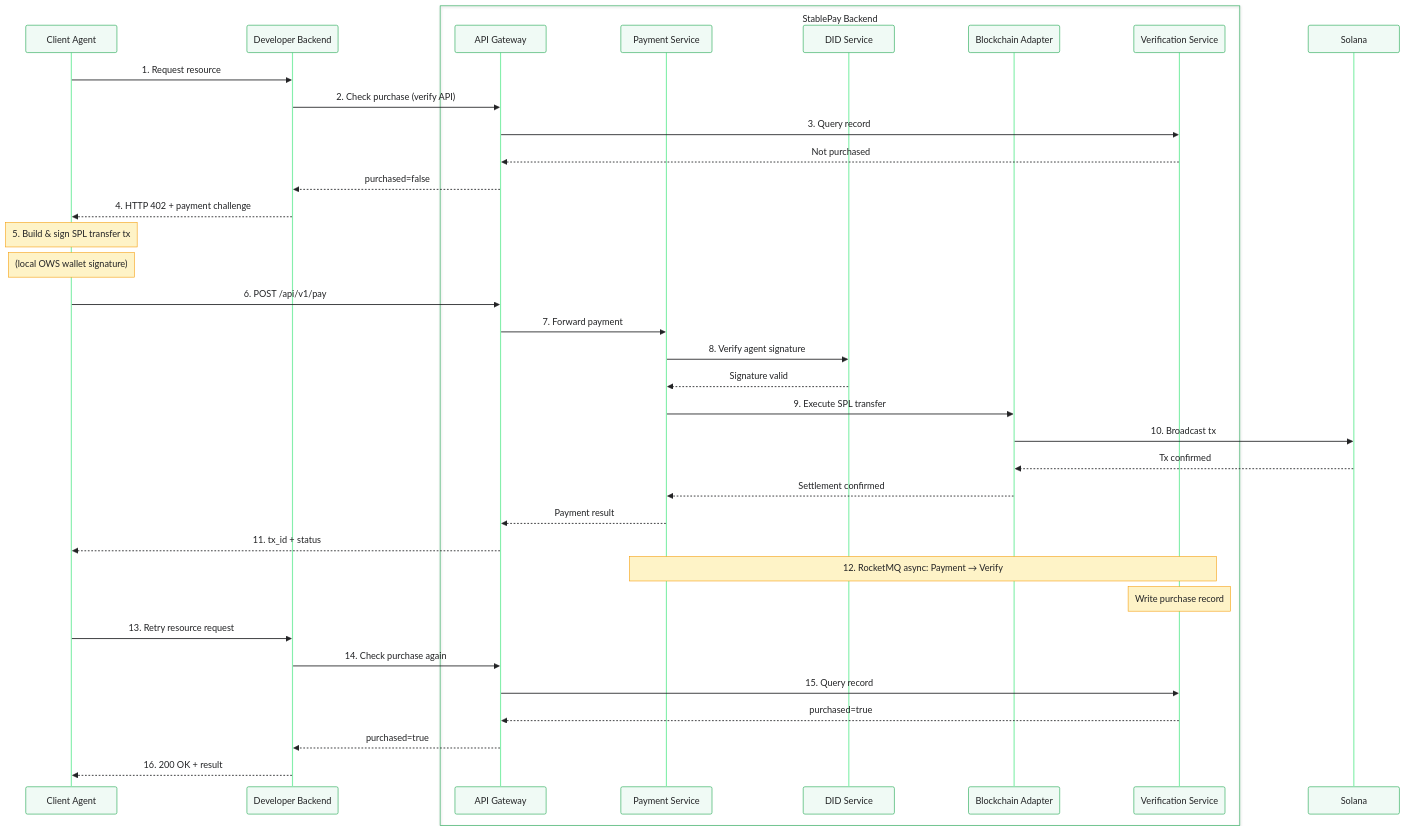
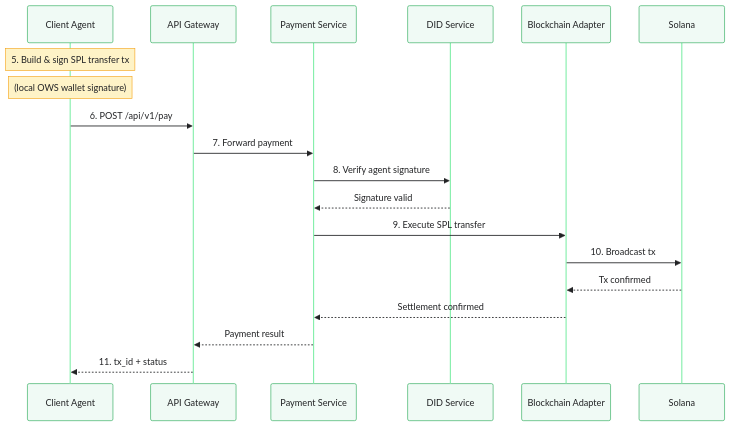
Before and after one commit to Bubblevan/Stablepay: the second of 3 diagrams in index.mdx, drawn with Mermaid. The commit also changed other lines of this file and 22 other files, not shown here.

Commit message:
中文版同步与架构图拆分

````diff
--- a/index.mdx
+++ b/index.mdx
@@ -46,77 +75,25 @@
 ```mermaid
-%%{init: {
-  "theme": "base",
-  "themeVariables": {
-    "background": "#ffffff",
-    "primaryColor": "#dcfce7",
-    "primaryBorderColor": "#16A34A",
-    "primaryTextColor": "#222325",
-    "actorBkg": "#f0faf5",
-    "actorBorder": "#16A34A",
-    "actorTextColor": "#222325",
-    "actorLineColor": "#86efac",
-    "signalColor": "#222325",
-    "signalTextColor": "#222325",
-    "labelBoxBkgColor": "#f0faf5",
-    "labelBoxBorderColor": "#16A34A",
-    "labelTextColor": "#222325",
-    "noteBkgColor": "#fef3c7",
-    "noteBorderColor": "#f59e0b",
-    "noteTextColor": "#222325",
-    "sequenceNumberColor": "#ffffff"
-  },
-  "sequence": {
-    "mirrorActors": true,
-    "actorMargin": 130,
-    "width": 160,
-    "height": 48,
-    "boxMargin": 10,
-    "boxTextMargin": 6,
-    "messageMargin": 36,
-    "noteMargin": 12
-  }
-}}%%
+%%{init: {"theme": "base", "themeVariables": {"background": "#ffffff", "primaryColor": "#dcfce7", "primaryBorderColor": "#16A34A", "primaryTextColor": "#222325", "actorBkg": "#f0faf5", "actorBorder": "#16A34A", "actorTextColor": "#222325", "actorLineColor": "#86efac", "signalColor": "#222325", "signalTextColor": "#222325", "noteBkgColor": "#fef3c7", "noteBorderColor": "#f59e0b", "noteTextColor": "#222325"}}}%%
 
 sequenceDiagram
     participant Agent as Client Agent
-    participant Server as Developer Backend
-    box StablePay Backend
-        participant Gateway as API Gateway
-        participant Payment as Payment Service
-        participant DID as DID Service
-        participant Adapter as Blockchain Adapter
-        participant Verify as Verification Service
-    end
+    participant Gateway as API Gateway
+    participant Payment as Payment Service
+    participant DID as DID Service
+    participant Adapter as Blockchain Adapter
     participant Solana as Solana
 
-    Agent->>Server: 1. Request resource
-    Server->>Gateway: 2. Check purchase (verify API)
-    Gateway->>Verify: 3. Query record
-    Verify-->>Gateway: Not purchased
-    Gateway-->>Server: purchased=false
-    Server-->>Agent: 4. HTTP 402 + payment challenge
-
     Note over Agent: 5. Build & sign SPL transfer tx
-    Note over Agent:  (local OWS wallet signature)
+    Note over Agent: (local OWS wallet signature)
 
     Agent->>Gateway: 6. POST /api/v1/pay
     Gateway->>Payment: 7. Forward payment
     Payment->>DID: 8. Verify agent signature
     DID-->>Payment: Signature valid
     Payment->>Adapter: 9. Execute SPL transfer
     Adapter->>Solana: 10. Broadcast tx
     Solana-->>Adapter: Tx confirmed
     Adapter-->>Payment: Settlement confirmed
     Payment-->>Gateway: Payment result
     Gateway-->>Agent: 11. tx_id + status
-
-    Note over Payment,Verify: 12. RocketMQ async: Payment → Verify
-    Note over Verify: Write purchase record
-
-    Agent->>Server: 13. Retry resource request
-    Server->>Gateway: 14. Check purchase again
-    Gateway->>Verify: 15. Query record
-    Verify-->>Gateway: purchased=true
-    Gateway-->>Server: purchased=true
-    Server-->>Agent: 16. 200 OK + result
 ```
````
